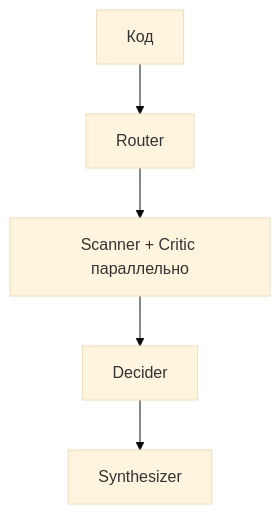
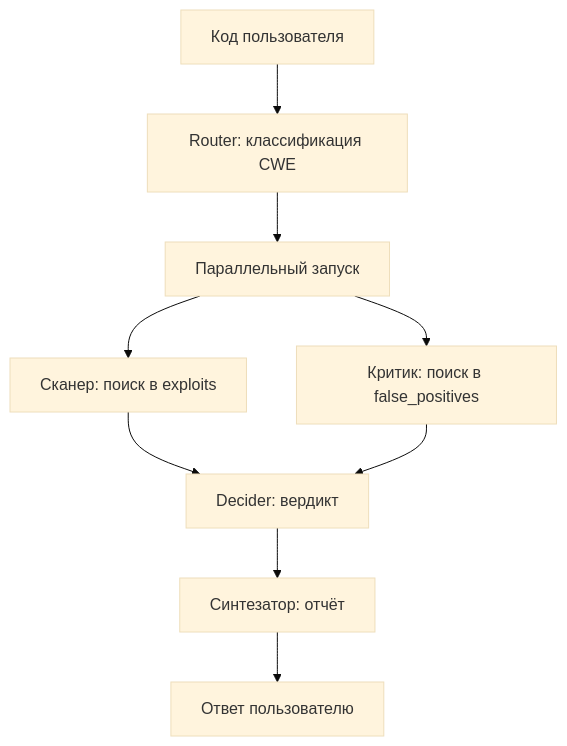
Before and after one commit to Maielafon123/Multi-Agent-RAG-CSec: the diagram in README.md, drawn with Mermaid (base theme). The commit also changed other lines of this file, not shown here.

````diff
--- a/README.md
+++ b/README.md
@@ -5,7 +5,11 @@
 ```mermaid
 flowchart TD
-    A[Код] --> B[Router]
-    B --> C[Scanner + Critic параллельно]
-    C --> D[Decider]
-    D --> E[Synthesizer]
+    A[Код пользователя] --> B[Router: классификация CWE]
+    B --> C[Параллельный запуск]
+    C --> D[Сканер: поиск в exploits]
+    C --> E[Критик: поиск в false_positives]
+    D --> F[Decider: вердикт]
+    E --> F
+    F --> G[Синтезатор: отчёт]
+    G --> H[Ответ пользователю]
 ```
````
